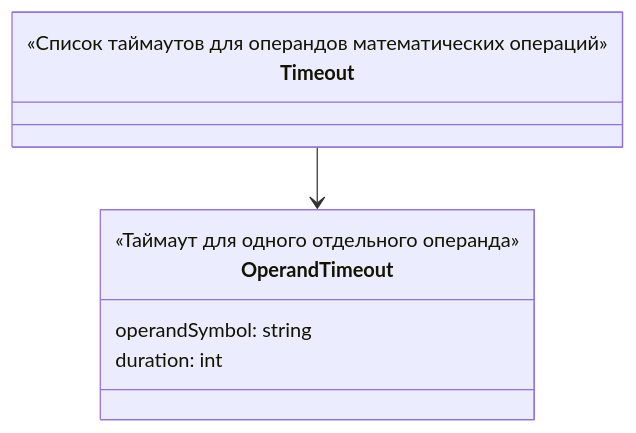
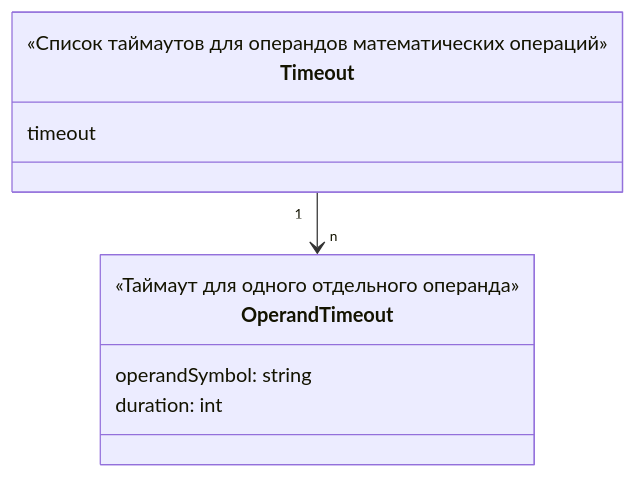
One commit to XJIeI5/calculator changed the seventh of 10 diagrams in README.md. Above: the diagram before and after it, drawn with Mermaid.

````diff
--- a/README.md
+++ b/README.md
@@ -235,12 +235,13 @@
 ```mermaid
 classDiagram
 class Timeout {
   <<Список таймаутов для операндов математических операций>>
+  timeout
 }
 class OperandTimeout {
   <<Таймаут для одного отдельного операнда>>
   operandSymbol: string
   duration:           int
 }
-Timeout --> OperandTimeout
+Timeout "1" --> "n" OperandTimeout
 ```
````
